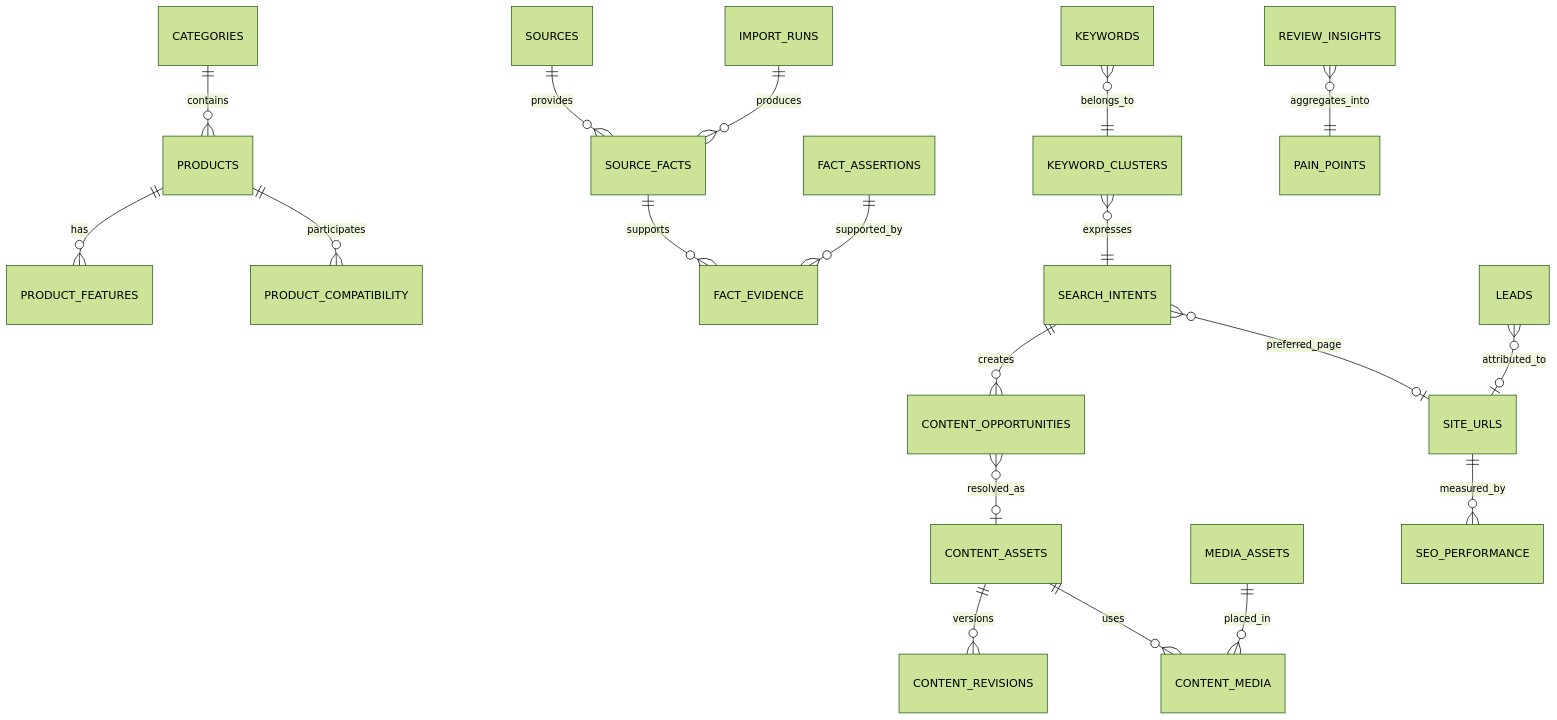
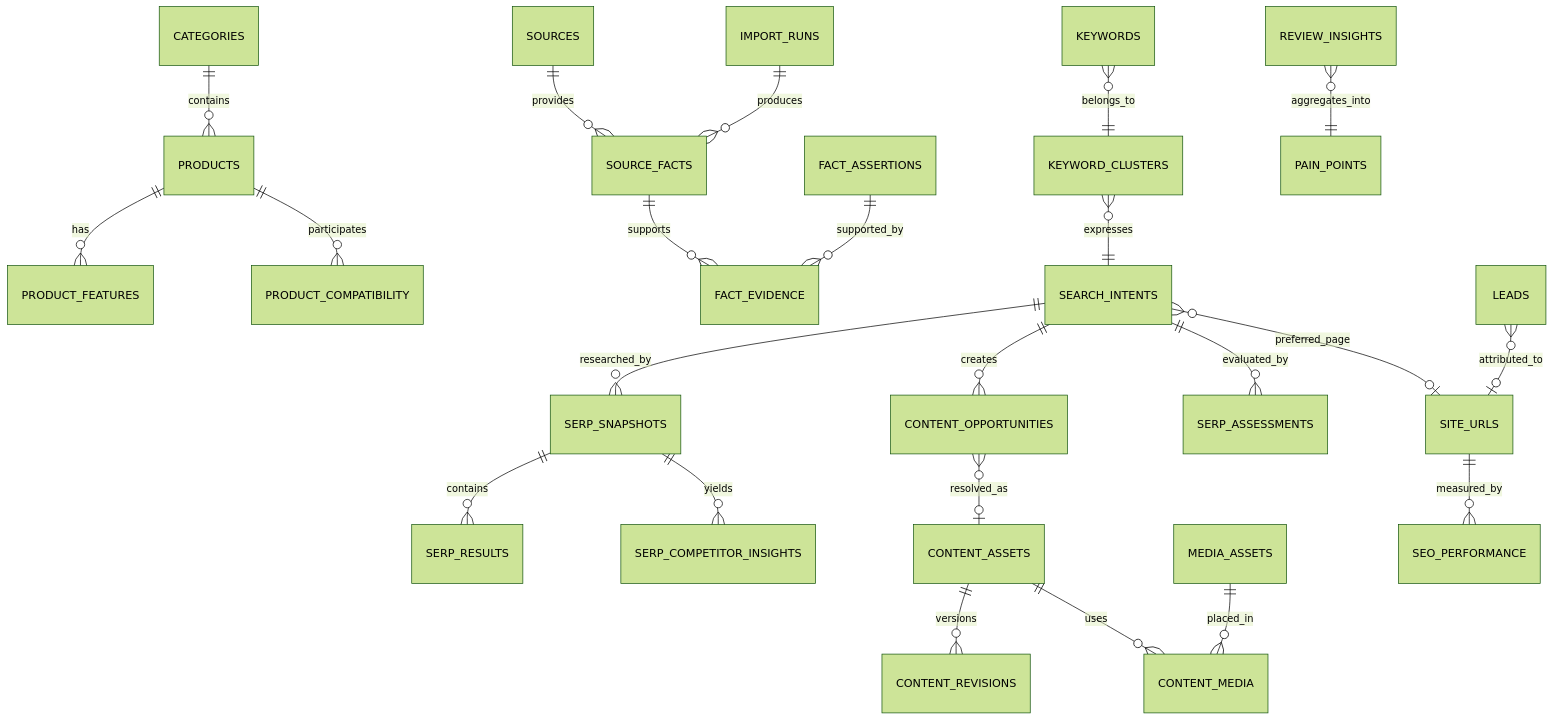
The diagram in 7tool-source/docs/data-architecture.md (Saveleei/SEO_7TOOL), drawn with Mermaid (forest theme) before and after one commit. The commit also changed other lines of this file and 10 other files, not shown here.

Commit message:
feat: add SERP competitor intelligence

````diff
--- a/7tool-source/docs/data-architecture.md
+++ b/7tool-source/docs/data-architecture.md
@@ -67,21 +67,25 @@
 ```mermaid
 erDiagram
   PRODUCTS ||--o{ PRODUCT_FEATURES : has
   PRODUCTS ||--o{ PRODUCT_COMPATIBILITY : participates
   CATEGORIES ||--o{ PRODUCTS : contains
   SOURCES ||--o{ SOURCE_FACTS : provides
   IMPORT_RUNS ||--o{ SOURCE_FACTS : produces
   SOURCE_FACTS ||--o{ FACT_EVIDENCE : supports
   FACT_ASSERTIONS ||--o{ FACT_EVIDENCE : supported_by
   KEYWORDS }o--|| KEYWORD_CLUSTERS : belongs_to
   KEYWORD_CLUSTERS }o--|| SEARCH_INTENTS : expresses
   SEARCH_INTENTS }o--o| SITE_URLS : preferred_page
+  SEARCH_INTENTS ||--o{ SERP_SNAPSHOTS : researched_by
+  SERP_SNAPSHOTS ||--o{ SERP_RESULTS : contains
+  SERP_SNAPSHOTS ||--o{ SERP_COMPETITOR_INSIGHTS : yields
+  SEARCH_INTENTS ||--o{ SERP_ASSESSMENTS : evaluated_by
   SEARCH_INTENTS ||--o{ CONTENT_OPPORTUNITIES : creates
   CONTENT_OPPORTUNITIES }o--o| CONTENT_ASSETS : resolved_as
   CONTENT_ASSETS ||--o{ CONTENT_REVISIONS : versions
   CONTENT_ASSETS ||--o{ CONTENT_MEDIA : uses
   MEDIA_ASSETS ||--o{ CONTENT_MEDIA : placed_in
   REVIEW_INSIGHTS }o--|| PAIN_POINTS : aggregates_into
   SITE_URLS ||--o{ SEO_PERFORMANCE : measured_by
   LEADS }o--o| SITE_URLS : attributed_to
 ```
````
